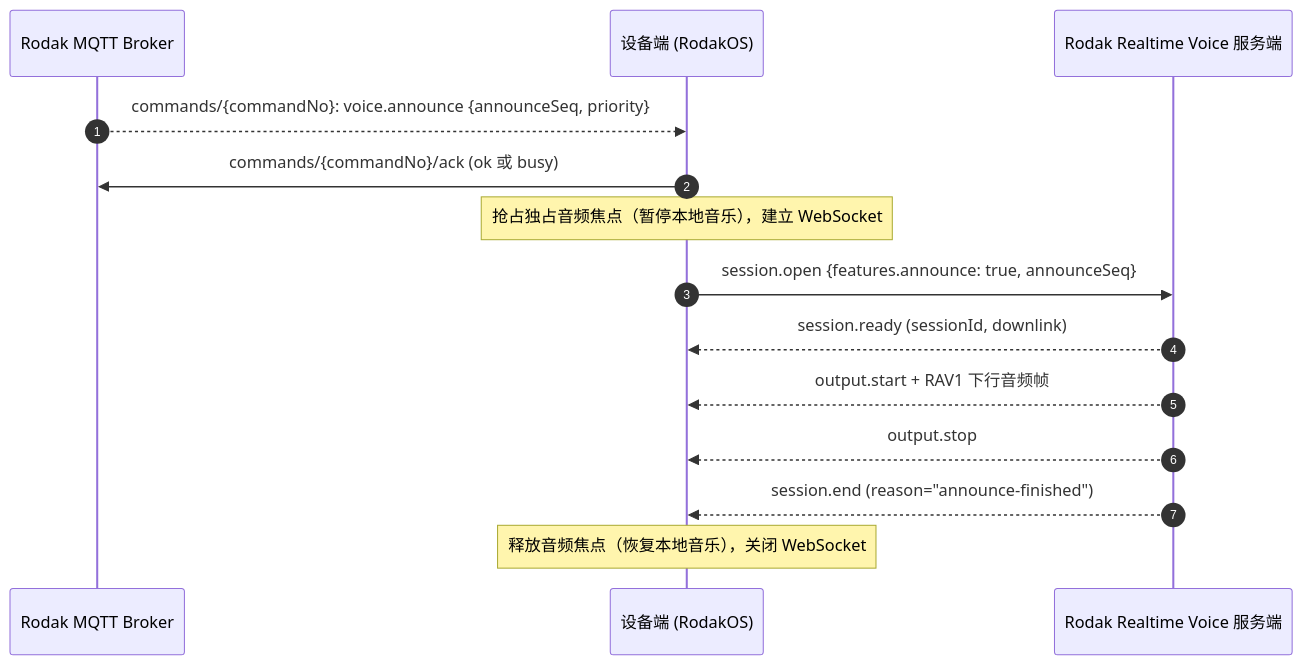
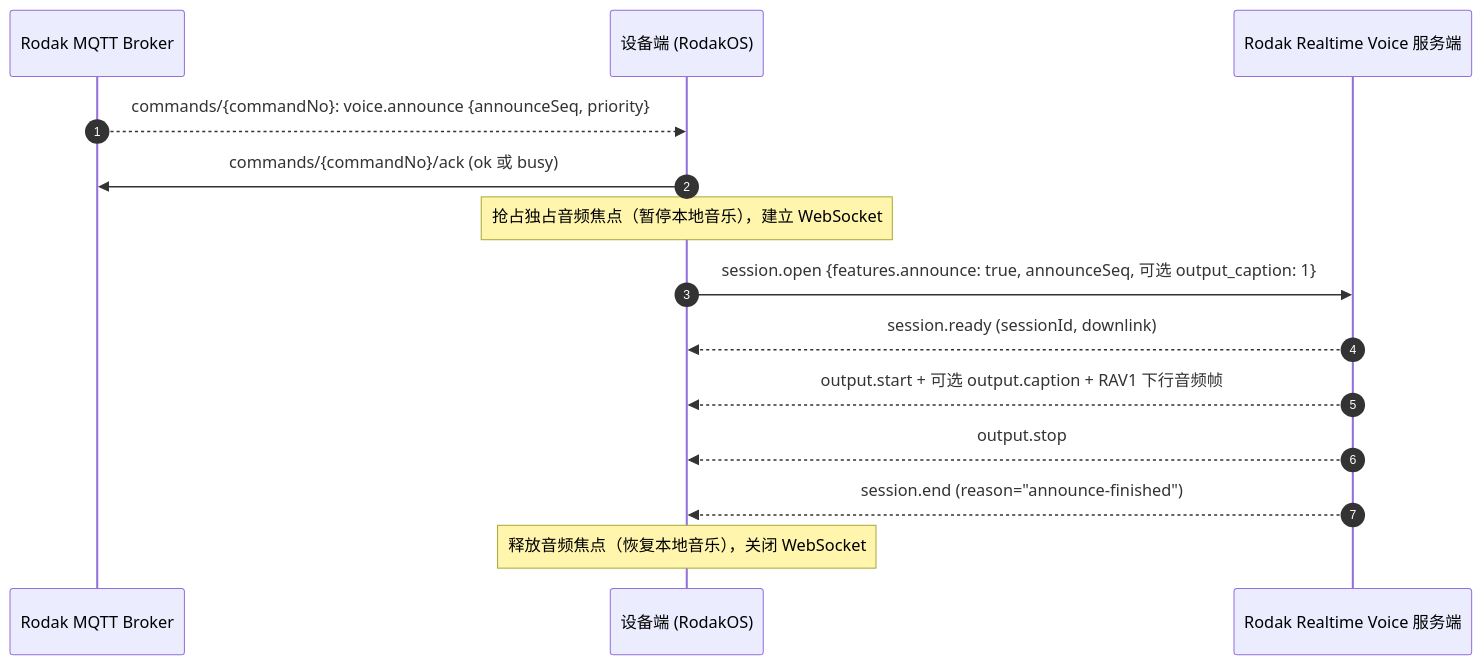
The second of 2 diagrams in articles/06_rodak_realtime_voice_v1_audio_rav1_vad_and_announce.md (rymcu/rodakos), drawn with Mermaid before and after one commit. The commit also changed other lines of this file and 13 other files, not shown here.

````diff
--- a/articles/06_rodak_realtime_voice_v1_audio_rav1_vad_and_announce.md
+++ b/articles/06_rodak_realtime_voice_v1_audio_rav1_vad_and_announce.md
@@ -84,17 +114,17 @@
 ```mermaid
 sequenceDiagram
     autonumber
     participant MQTT as Rodak MQTT Broker
     participant Dev as 设备端 (RodakOS)
     participant Voice as Rodak Realtime Voice 服务端
 
     MQTT-->>Dev: commands/{commandNo}: voice.announce {announceSeq, priority}
     Dev->>MQTT: commands/{commandNo}/ack (ok 或 busy)
     Note over Dev: 抢占独占音频焦点（暂停本地音乐），建立 WebSocket
-    Dev->>Voice: session.open {features.announce: true, announceSeq}
+    Dev->>Voice: session.open {features.announce: true, announceSeq, 可选 output_caption: 1}
     Voice-->>Dev: session.ready (sessionId, downlink)
-    Voice-->>Dev: output.start + RAV1 下行音频帧
+    Voice-->>Dev: output.start + 可选 output.caption + RAV1 下行音频帧
     Voice-->>Dev: output.stop
     Voice-->>Dev: session.end (reason="announce-finished")
     Note over Dev: 释放音频焦点（恢复本地音乐），关闭 WebSocket
 ```
````
